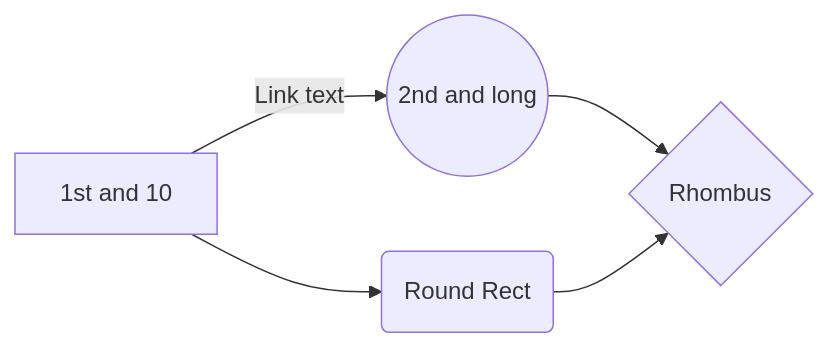
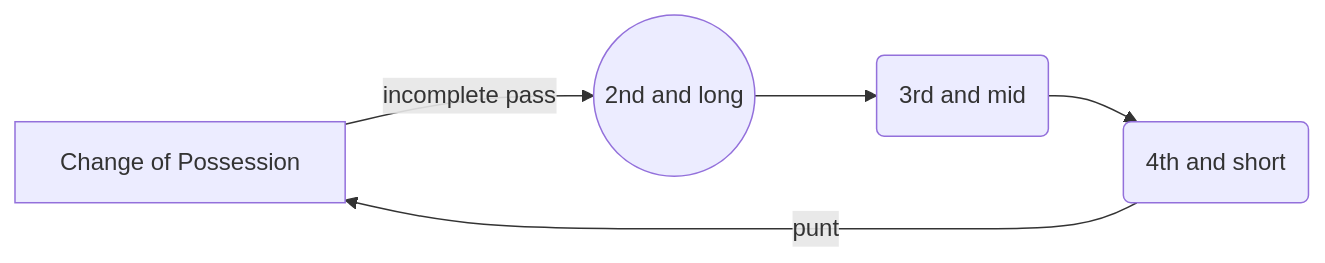
Before and after one commit to ecavan/Markov_Modelling: the diagram in README.md, drawn with Mermaid.

````diff
--- a/README.md
+++ b/README.md
@@ -25,7 +25,4 @@
 ```mermaid
 graph LR
-A[1st and 10] -- Link text --> B((2nd and long))
-A --> C(Round Rect)
-B --> D{Rhombus}
-C --> D
+A[1st and 10] -- incomplete pass --> B((2nd and long)) --> C(3rd and mid) --> D(4th and short) -- punt --> A[Change of Possession]
 ```
````
